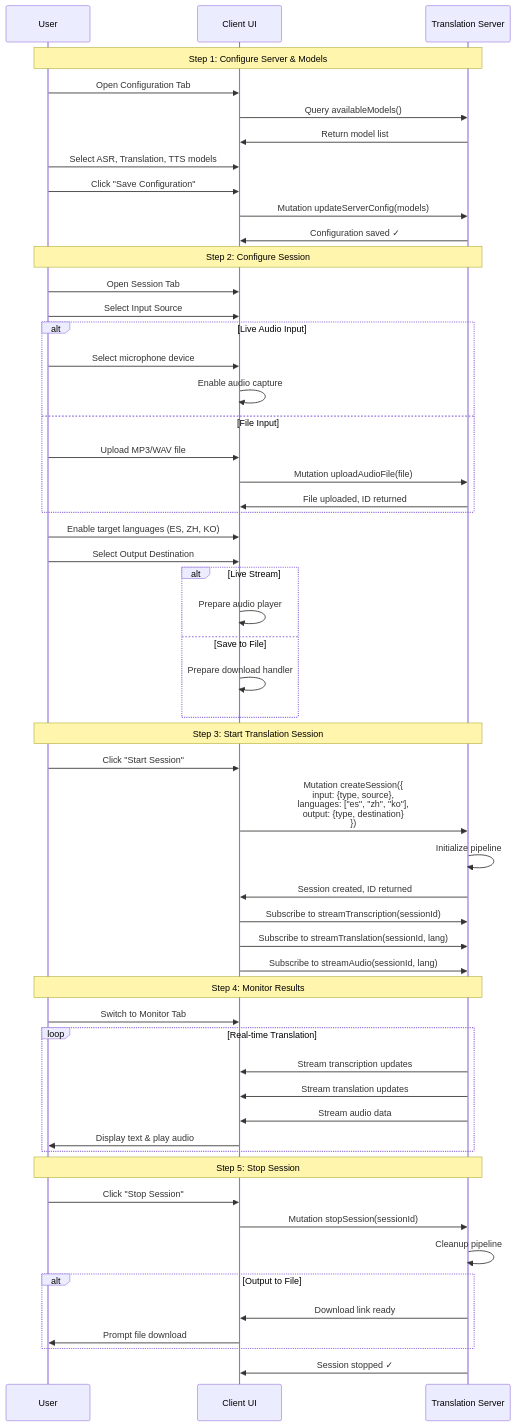
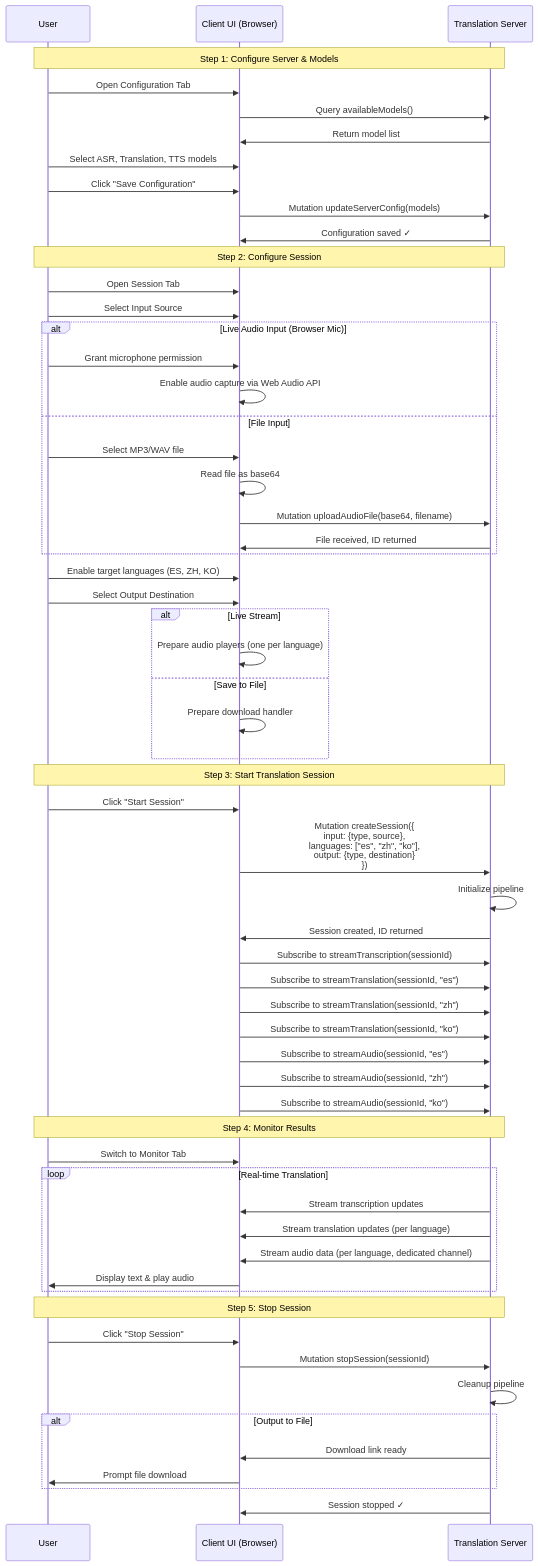
Diagram 14 of 17 in plans/project-plan.md (naturally-translate/voice-bridge), drawn with Mermaid before and after one commit. The commit also changed other lines of this file, not shown here.

````diff
--- a/plans/project-plan.md
+++ b/plans/project-plan.md
@@ -973,74 +1036,79 @@
 ```mermaid
 sequenceDiagram
     participant User
-    participant UI as Client UI
+    participant UI as Client UI (Browser)
     participant Server as Translation Server
 
     Note over User,Server: Step 1: Configure Server & Models
 
     User->>UI: Open Configuration Tab
     UI->>Server: Query availableModels()
     Server->>UI: Return model list
     User->>UI: Select ASR, Translation, TTS models
     User->>UI: Click "Save Configuration"
     UI->>Server: Mutation updateServerConfig(models)
     Server->>UI: Configuration saved ✓
 
     Note over User,Server: Step 2: Configure Session
 
     User->>UI: Open Session Tab
     User->>UI: Select Input Source
 
-    alt Live Audio Input
-        User->>UI: Select microphone device
-        UI->>UI: Enable audio capture
+    alt Live Audio Input (Browser Mic)
+        User->>UI: Grant microphone permission
+        UI->>UI: Enable audio capture via Web Audio API
     else File Input
-        User->>UI: Upload MP3/WAV file
-        UI->>Server: Mutation uploadAudioFile(file)
-        Server->>UI: File uploaded, ID returned
+        User->>UI: Select MP3/WAV file
+        UI->>UI: Read file as base64
+        UI->>Server: Mutation uploadAudioFile(base64, filename)
+        Server->>UI: File received, ID returned
     end
 
     User->>UI: Enable target languages (ES, ZH, KO)
 
     User->>UI: Select Output Destination
     alt Live Stream
-        UI->>UI: Prepare audio player
+        UI->>UI: Prepare audio players (one per language)
     else Save to File
         UI->>UI: Prepare download handler
     end
 
     Note over User,Server: Step 3: Start Translation Session
 
     User->>UI: Click "Start Session"
     UI->>Server: Mutation createSession({<br/>  input: {type, source},<br/>  languages: ["es", "zh", "ko"],<br/>  output: {type, destination}<br/>})
     Server->>Server: Initialize pipeline
     Server->>UI: Session created, ID returned
 
     UI->>Server: Subscribe to streamTranscription(sessionId)
-    UI->>Server: Subscribe to streamTranslation(sessionId, lang)
-    UI->>Server: Subscribe to streamAudio(sessionId, lang)
+    UI->>Server: Subscribe to streamTranslation(sessionId, "es")
+    UI->>Server: Subscribe to streamTranslation(sessionId, "zh")
+    UI->>Server: Subscribe to streamTranslation(sessionId, "ko")
+    UI->>Server: Subscribe to streamAudio(sessionId, "es")
+    UI->>Server: Subscribe to streamAudio(sessionId, "zh")
+    UI->>Server: Subscribe to streamAudio(sessionId, "ko")
 
     Note over User,Server: Step 4: Monitor Results
 
     User->>UI: Switch to Monitor Tab
 
     loop Real-time Translation
         Server->>UI: Stream transcription updates
-        Server->>UI: Stream translation updates
-        Server->>UI: Stream audio data
+        Server->>UI: Stream translation updates (per language)
+        Server->>UI: Stream audio data (per language, dedicated channel)
         UI->>User: Display text & play audio
     end
 
     Note over User,Server: Step 5: Stop Session
 
     User->>UI: Click "Stop Session"
     UI->>Server: Mutation stopSession(sessionId)
     Server->>Server: Cleanup pipeline
 
     alt Output to File
         Server->>UI: Download link ready
         UI->>User: Prompt file download
     end
 
     Server->>UI: Session stopped ✓
 ```
````
